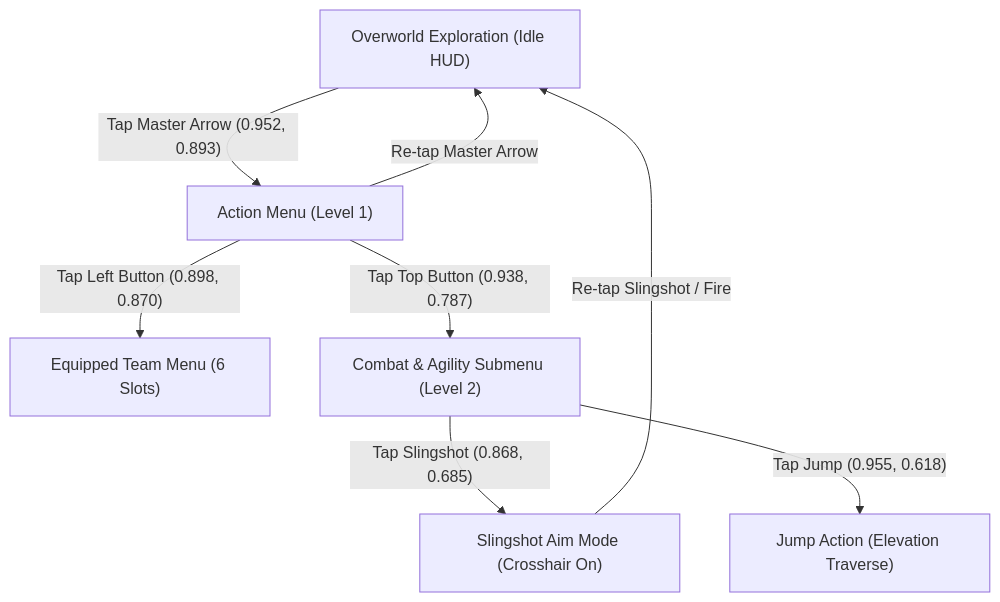
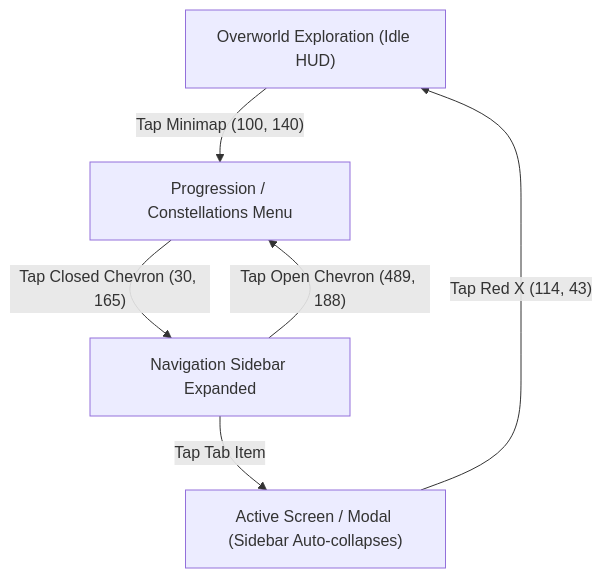
The diagram in .agents/knowledge/games/revomon_novus/hud_interface.md (IAmNo1Special/PymordialDroid), drawn with Mermaid before and after one commit. The commit also changed other lines of this file and 2 other files, not shown here.

First line of the commit message:
docs(knowledge): update Revomon Novus HUD, menu hierarchy, and reconnection anchors

````diff
--- a/.agents/knowledge/games/revomon_novus/hud_interface.md
+++ b/.agents/knowledge/games/revomon_novus/hud_interface.md
@@ -44,10 +46,8 @@
 ```mermaid
 graph TD
-    A["Overworld Exploration (Idle HUD)"] -->|"Tap Master Arrow (0.952, 0.893)"| B["Action Menu (Level 1)"]
-    B -->|"Tap Left Button (0.898, 0.870)"| C["Equipped Team Menu (6 Slots)"]
-    B -->|"Tap Top Button (0.938, 0.787)"| D["Combat & Agility Submenu (Level 2)"]
-    D -->|"Tap Slingshot (0.868, 0.685)"| E["Slingshot Aim Mode (Crosshair On)"]
-    D -->|"Tap Jump (0.955, 0.618)"| F["Jump Action (Elevation Traverse)"]
-    B -->|"Re-tap Master Arrow"| A
-    E -->|"Re-tap Slingshot / Fire"| A
+    A["Overworld Exploration (Idle HUD)"] -->|"Tap Minimap (100, 140)"| B["Progression / Constellations Menu"]
+    B -->|"Tap Closed Chevron (30, 165)"| C["Navigation Sidebar Expanded"]
+    C -->|"Tap Open Chevron (489, 188)"| B
+    C -->|"Tap Tab Item"| D["Active Screen / Modal (Sidebar Auto-collapses)"]
+    D -->|"Tap Red X (114, 43)"| A
 ```
````
